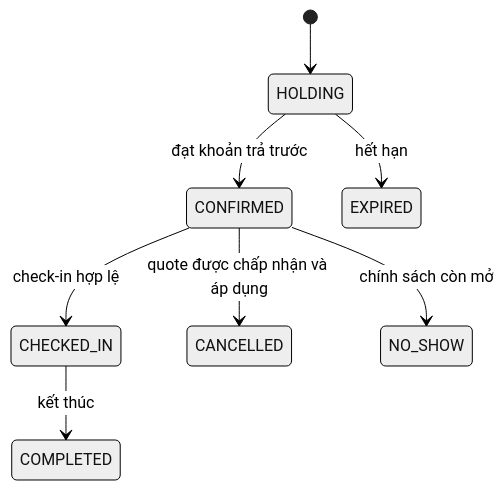
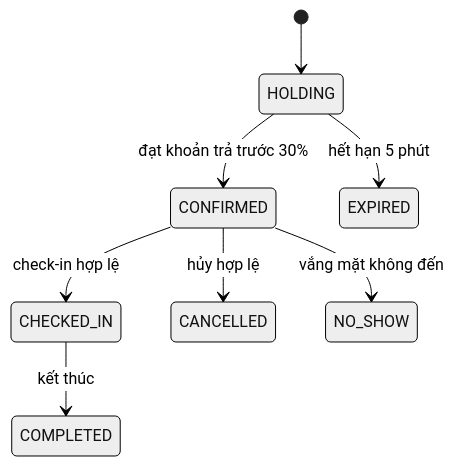
The diagram in docs/WORKFLOWS.md (QuanVu512/BookingManagement), drawn with Mermaid (neutral theme) before and after one commit. The commit also changed other lines of this file and 9 other files, not shown here.

Commit message:
docs: describe booking recovery and current architecture workflows

````diff
--- a/docs/WORKFLOWS.md
+++ b/docs/WORKFLOWS.md
@@ -14,10 +14,10 @@
 ```mermaid
 stateDiagram-v2
   [*] --> HOLDING
-  HOLDING --> CONFIRMED: đạt khoản trả trước
-  HOLDING --> EXPIRED: hết hạn
+  HOLDING --> CONFIRMED: đạt khoản trả trước 30%
+  HOLDING --> EXPIRED: hết hạn 5 phút
   CONFIRMED --> CHECKED_IN: check-in hợp lệ
   CHECKED_IN --> COMPLETED: kết thúc
-  CONFIRMED --> CANCELLED: quote được chấp nhận và áp dụng
-  CONFIRMED --> NO_SHOW: chính sách còn mở
+  CONFIRMED --> CANCELLED: hủy hợp lệ
+  CONFIRMED --> NO_SHOW: vắng mặt không đến
 ```
````
